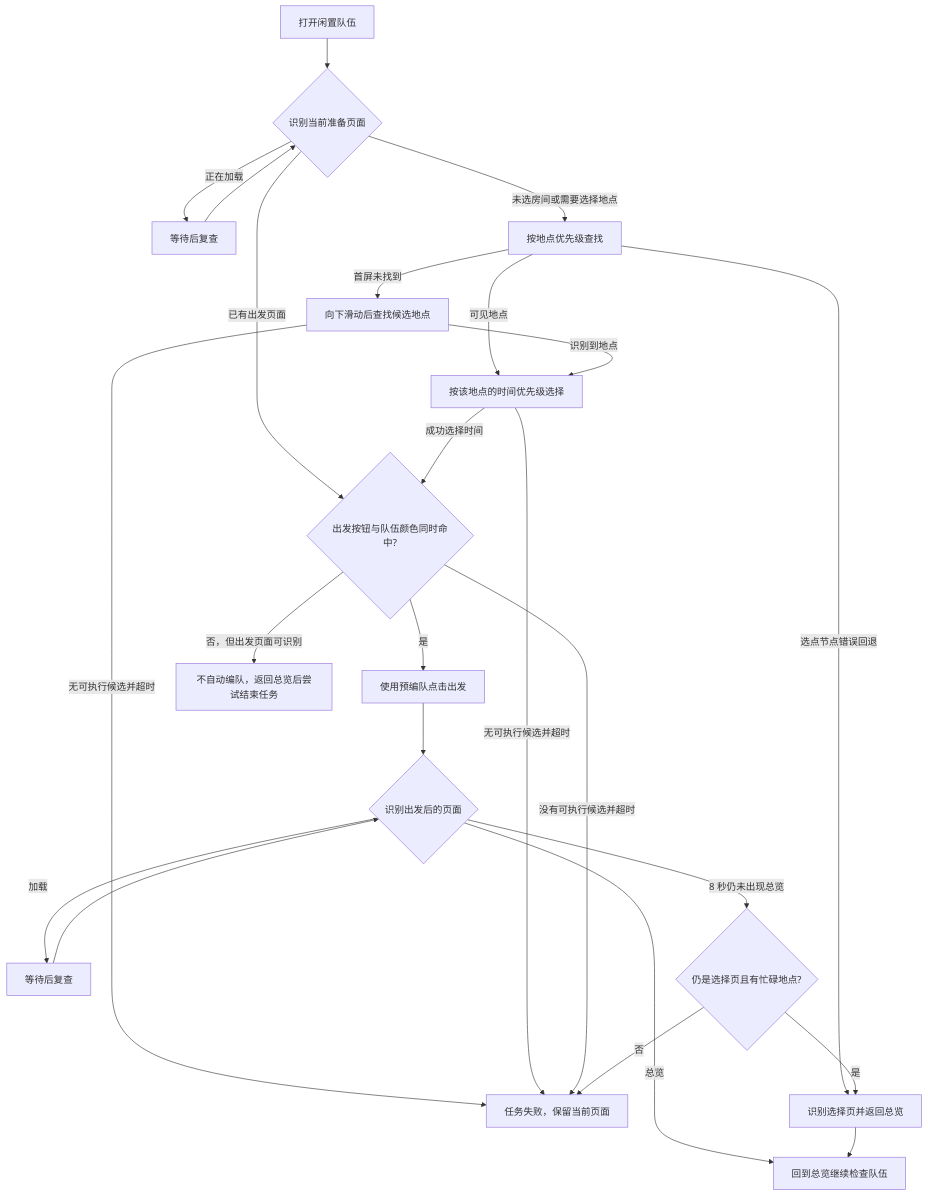
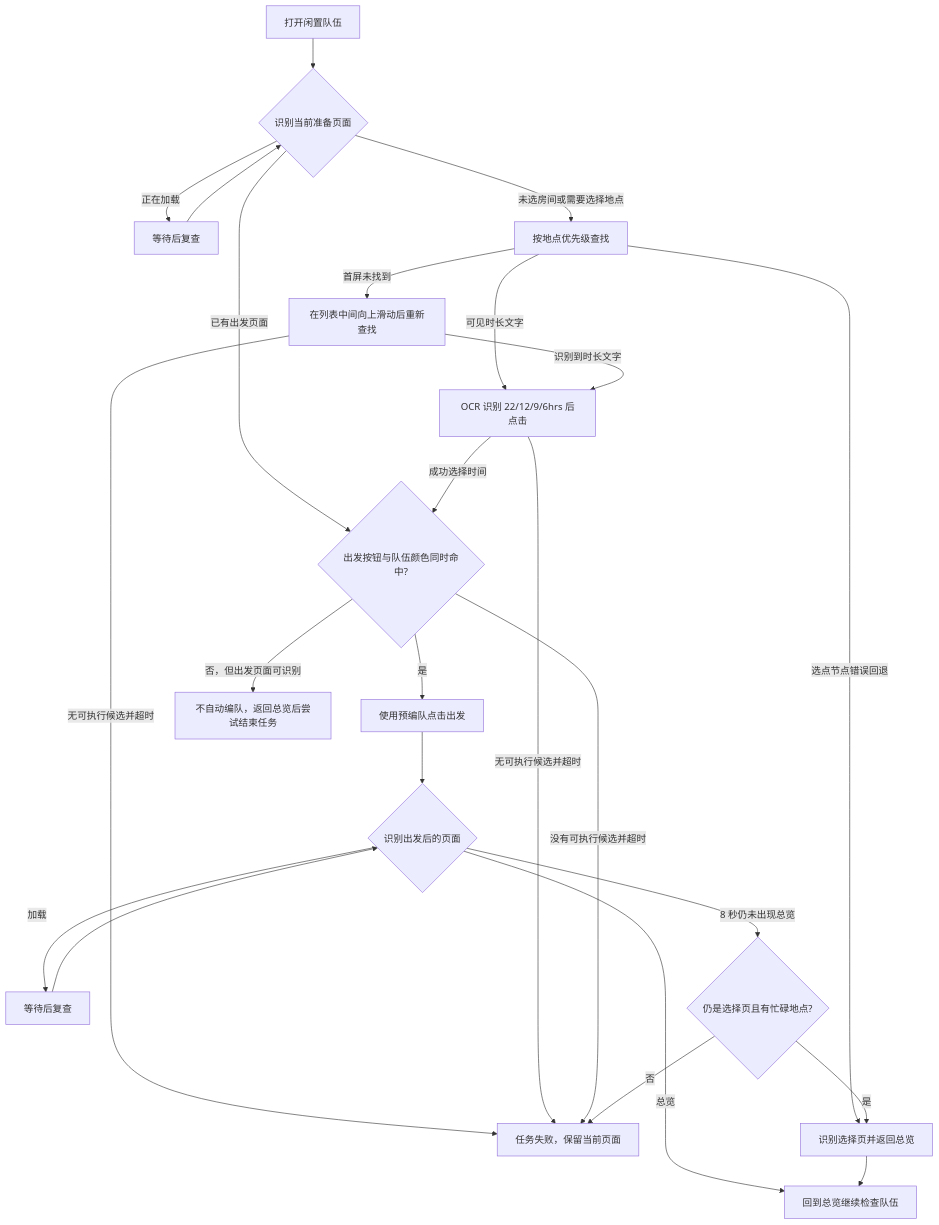
One commit to cccrx1/TKFMaa changed the second of 2 diagrams in docs/zh_cn/tasks/daily_dispatch.md. Above: the diagram before and after it, drawn with Mermaid. The commit also changed other lines of this file and 2 other files, not shown here.

````diff
--- a/docs/zh_cn/tasks/daily_dispatch.md
+++ b/docs/zh_cn/tasks/daily_dispatch.md
@@ -67,26 +67,26 @@
 ```mermaid
 flowchart TD
     Start[打开闲置队伍] --> State{识别当前准备页面}
     State -->|正在加载| Wait[等待后复查]
     Wait --> State
     State -->|未选房间或需要选择地点| Location[按地点优先级查找]
-    Location -->|可见地点| Time[按该地点的时间优先级选择]
-    Location -->|首屏未找到| Swipe[向下滑动后查找候选地点]
-    Swipe -->|识别到地点| Time
+    Location -->|可见时长文字| Time[OCR 识别 22/12/9/6hrs 后点击]
+    Location -->|首屏未找到| Swipe[在列表中间向上滑动后重新查找]
+    Swipe -->|识别到时长文字| Time
     Swipe -->|无可执行候选并超时| Fail
     Location -->|选点节点错误回退| Return[识别选择页并返回总览]
     State -->|已有出发页面| Team{出发按钮与队伍颜色同时命中?}
     Time -->|成功选择时间| Team
     Time -->|无可执行候选并超时| Fail
     Team -->|是| Launch[使用预编队点击出发]
     Team -->|否，但出发页面可识别| Abort[不自动编队，返回总览后尝试结束任务]
     Team -->|没有可执行候选并超时| Fail[任务失败，保留当前页面]
     Launch --> After{识别出发后的页面}
     After -->|加载| Loading[等待后复查]
     Loading --> After
     After -->|8 秒仍未出现总览| Fallback{仍是选择页且有忙碌地点?}
     Fallback -->|是| Return
     Fallback -->|否| Fail
     After -->|总览| Scan[回到总览继续检查队伍]
     Return --> Scan
 ```
````
